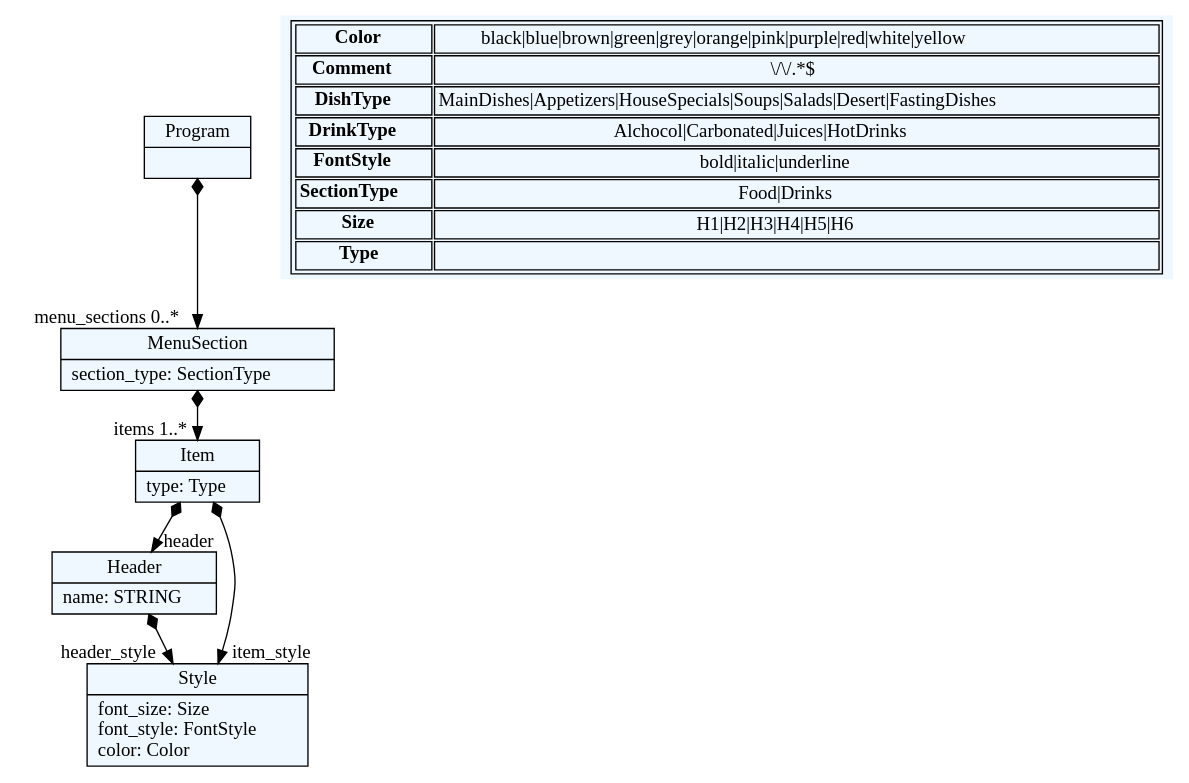
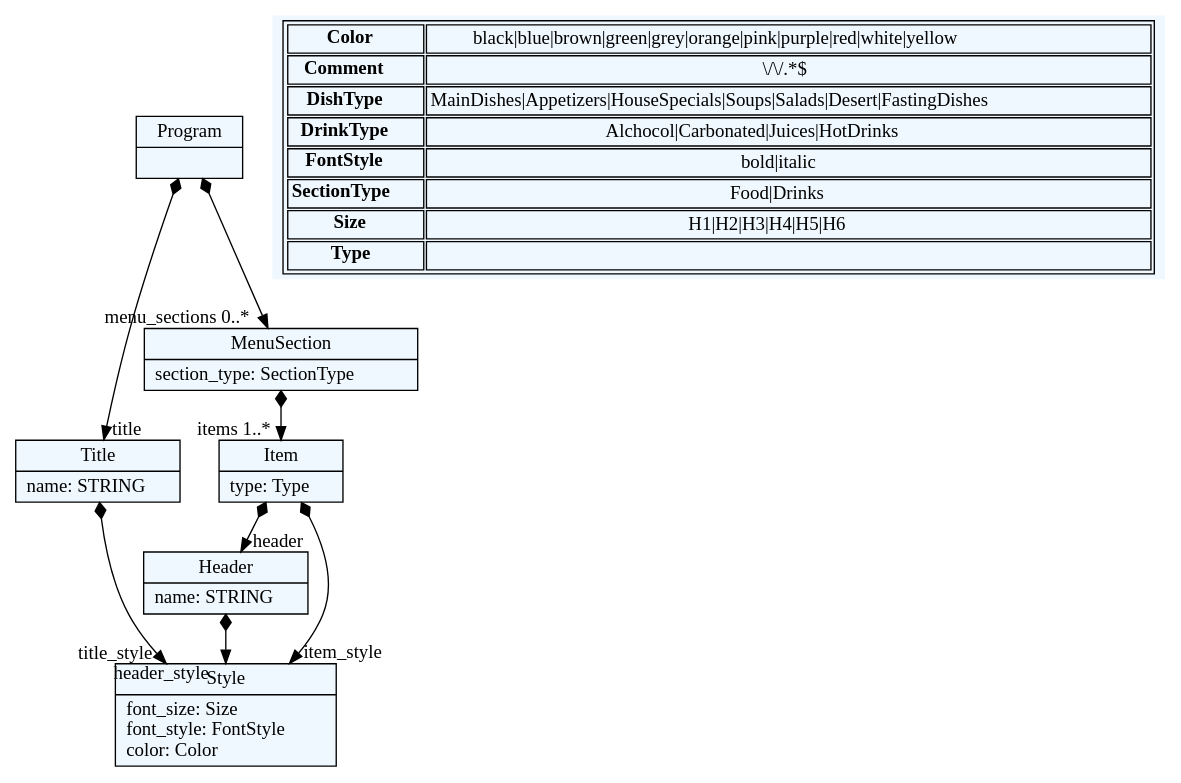
One commit to marijamilanovic/DSL changed the diagram in menuDSL/menu/menu.dot. Above: the diagram before and after it, drawn with Graphviz. The commit also changed 6 other files, not shown here.

```diff
--- a/menuDSL/menu/menu.dot
+++ b/menuDSL/menu/menu.dot
@@ -1,59 +1,63 @@
 
     digraph textX {
     fontname = "Bitstream Vera Sans"
     fontsize = 8
     node[
         shape=record,
         style=filled,
         fillcolor=aliceblue
     ]
     nodesep = 0.3
     edge[dir=black,arrowtail=empty]
 
 
-1427136522320[ label="{Program|}"]
+2221625123824[ label="{Program|}"]
 
-1427136540560[ label="{MenuSection|section_type: SectionType\l}"]
+2221625140144[ label="{Title|name: STRING\l}"]
 
-1427136532880[ label="{Item|type: Type\l}"]
+2221625133424[ label="{MenuSection|section_type: SectionType\l}"]
 
-1427136563600[ label="{Header|name: STRING\l}"]
+2221625162224[ label="{Item|type: Type\l}"]
 
-1427136545360[ label="{Style|font_size: Size\lfont_style: FontStyle\lcolor: Color\l}"]
+2221625161264[ label="{Header|name: STRING\l}"]
+
+2221625150704[ label="{Style|font_size: Size\lfont_style: FontStyle\lcolor: Color\l}"]
 
 
 
-1427136522320 -> 1427136540560[arrowtail=diamond, dir=both, headlabel="menu_sections 0..*"]
-1427136540560 -> 1427136532880[arrowtail=diamond, dir=both, headlabel="items 1..*"]
-1427136532880 -> 1427136563600[arrowtail=diamond, dir=both, headlabel="header "]
-1427136532880 -> 1427136545360[arrowtail=diamond, dir=both, headlabel="item_style "]
-1427136563600 -> 1427136545360[arrowtail=diamond, dir=both, headlabel="header_style "]
+2221625123824 -> 2221625140144[arrowtail=diamond, dir=both, headlabel="title "]
+2221625123824 -> 2221625133424[arrowtail=diamond, dir=both, headlabel="menu_sections 0..*"]
+2221625140144 -> 2221625150704[arrowtail=diamond, dir=both, headlabel="title_style "]
+2221625133424 -> 2221625162224[arrowtail=diamond, dir=both, headlabel="items 1..*"]
+2221625162224 -> 2221625161264[arrowtail=diamond, dir=both, headlabel="header "]
+2221625162224 -> 2221625150704[arrowtail=diamond, dir=both, headlabel="item_style "]
+2221625161264 -> 2221625150704[arrowtail=diamond, dir=both, headlabel="header_style "]
 match_rules [ shape=plaintext, label=< <table>
 	<tr>
 		<td><b>Color</b></td><td>black|blue|brown|green|grey|orange|pink|purple|red|white|yellow</td>
 	</tr>
 	<tr>
 		<td><b>Comment</b></td><td>\/\/.*$</td>
 	</tr>
 	<tr>
 		<td><b>DishType</b></td><td>MainDishes|Appetizers|HouseSpecials|Soups|Salads|Desert|FastingDishes</td>
 	</tr>
 	<tr>
 		<td><b>DrinkType</b></td><td>Alchocol|Carbonated|Juices|HotDrinks</td>
 	</tr>
 	<tr>
-		<td><b>FontStyle</b></td><td>bold|italic|underline</td>
+		<td><b>FontStyle</b></td><td>bold|italic</td>
 	</tr>
 	<tr>
 		<td><b>SectionType</b></td><td>Food|Drinks</td>
 	</tr>
 	<tr>
 		<td><b>Size</b></td><td>H1|H2|H3|H4|H5|H6</td>
 	</tr>
 	<tr>
 		<td><b>Type</b></td><td></td>
 	</tr>
 </table> >]
 
 
 }
```
